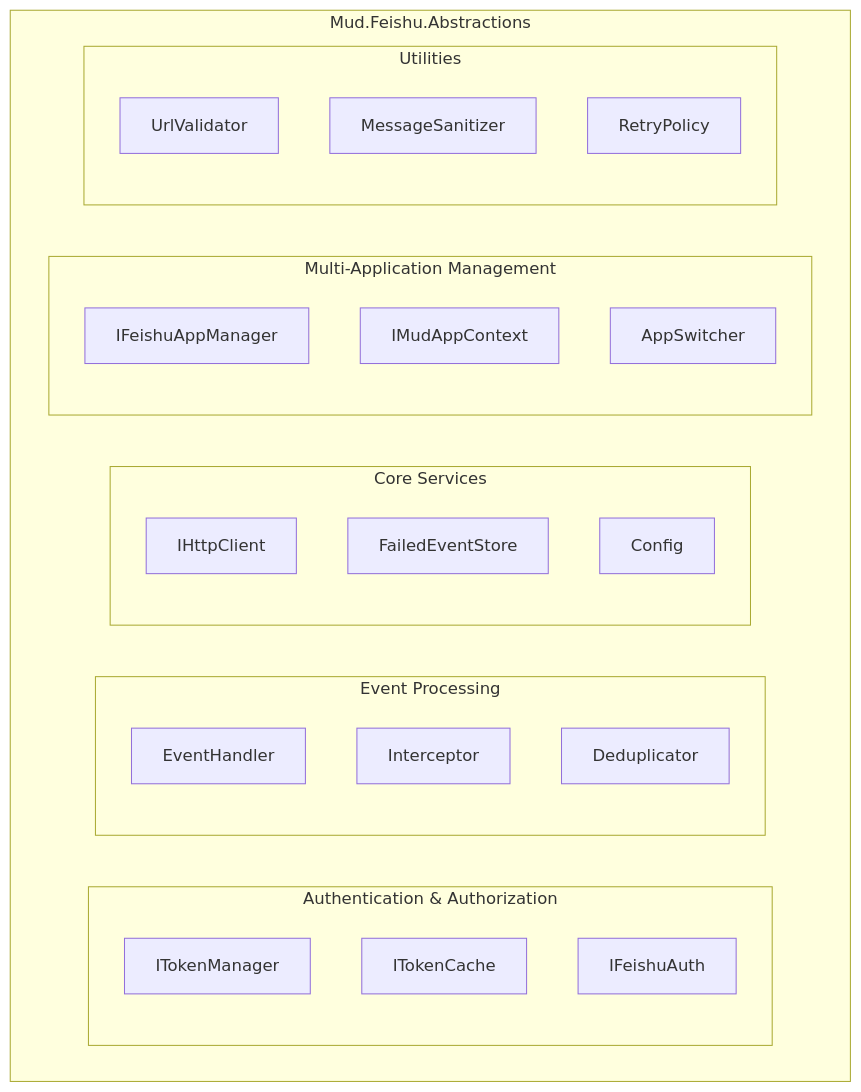
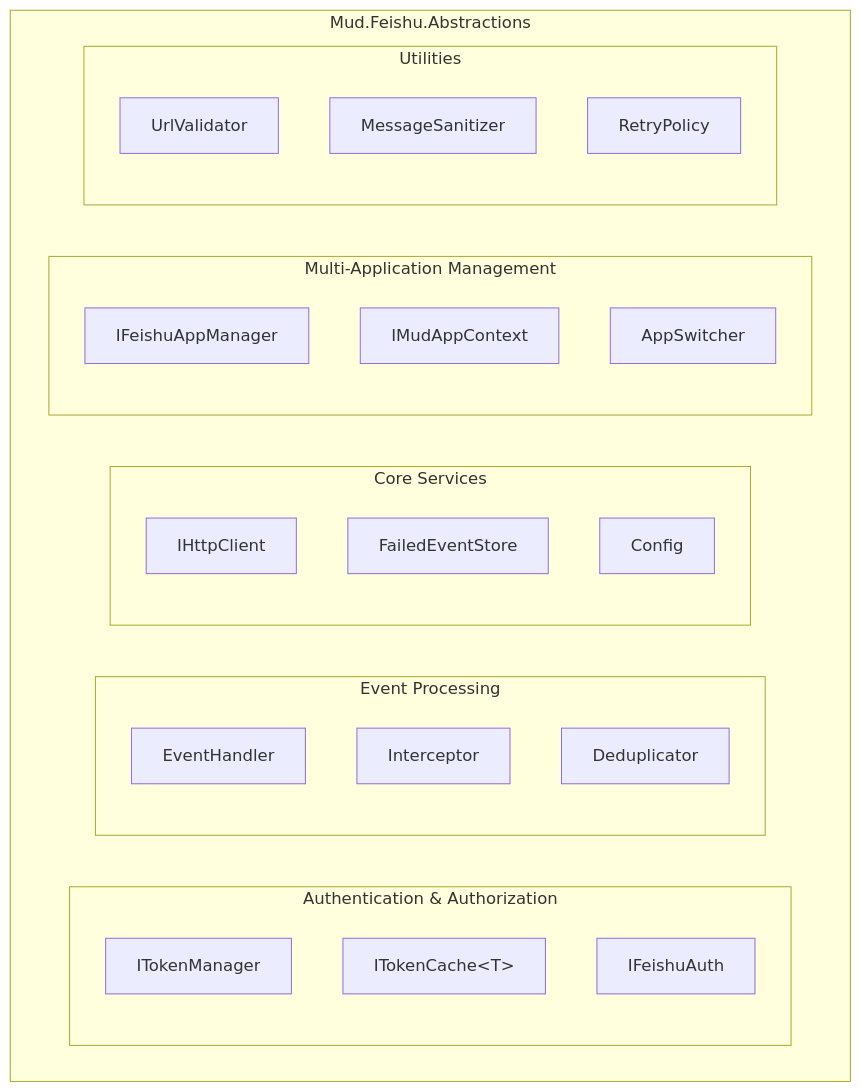
Before and after one commit to mudtools/MudFeishu: the first of 4 diagrams in Mud.Feishu.Abstractions/README_EN.md, drawn with Mermaid. The commit also changed other lines of this file and 4 other files, not shown here.

````diff
--- a/Mud.Feishu.Abstractions/README_EN.md
+++ b/Mud.Feishu.Abstractions/README_EN.md
@@ -44,34 +44,34 @@
 ```mermaid
 graph TB
     subgraph "Mud.Feishu.Abstractions"
         subgraph "Authentication & Authorization"
             A[ITokenManager]
-            B[ITokenCache]
+            B[ITokenCache&lt;T&gt;]
             C[IFeishuAuth]
         end
 
         subgraph "Event Processing"
             D[EventHandler]
             E[Interceptor]
             F[Deduplicator]
         end
 
         subgraph "Core Services"
             G[IHttpClient]
             H[FailedEventStore]
             I[Config]
         end
 
         subgraph "Multi-Application Management"
             J[IFeishuAppManager]
             K[IMudAppContext]
             L[AppSwitcher]
         end
 
         subgraph "Utilities"
             M[UrlValidator]
             N[MessageSanitizer]
             O[RetryPolicy]
         end
     end
 ```
````
